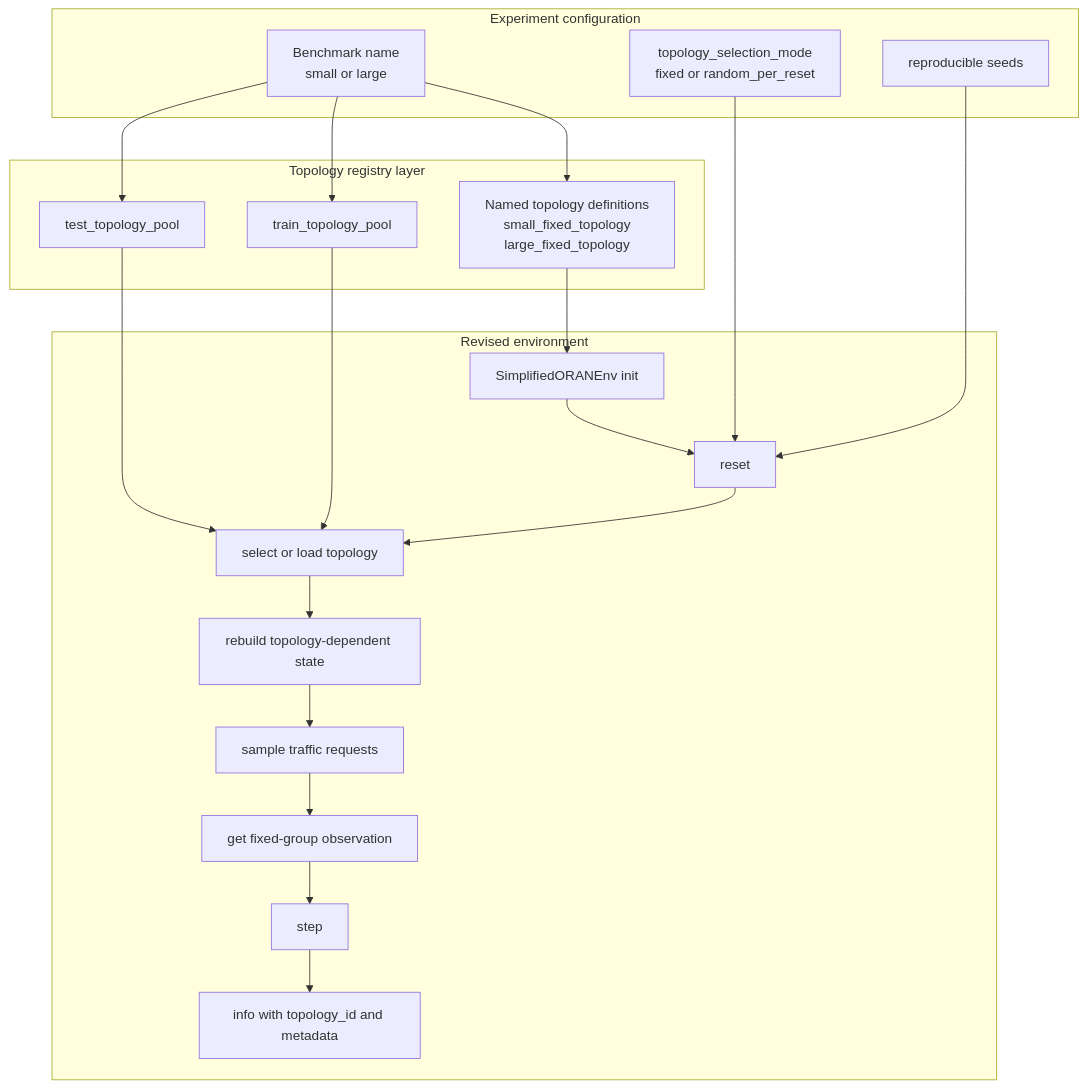
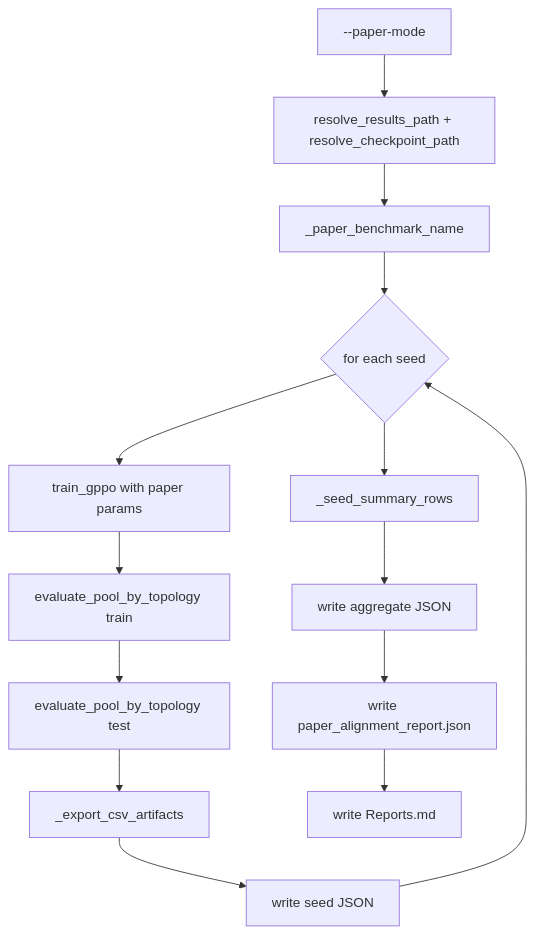
One commit to DrGMark7/ORAN-GPPO changed the sixth of 12 diagrams in ARCHITECTURE.md. Above: the diagram before and after it, drawn with Mermaid. The commit also changed other lines of this file and 33 other files, not shown here.

````diff
--- a/ARCHITECTURE.md
+++ b/ARCHITECTURE.md
@@ -196,43 +224,18 @@
 ```mermaid
 flowchart TD
-    subgraph Config[Experiment configuration]
-        Bench[Benchmark name\nsmall or large]
-        SelectMode[topology_selection_mode\nfixed or random_per_reset]
-        SeedCfg[reproducible seeds]
-    end
+    PaperCLI[--paper-mode] --> Resolve[resolve_results_path + resolve_checkpoint_path]
+    Resolve --> BenchmarkMap[_paper_benchmark_name]
+    BenchmarkMap --> SeedLoop{for each seed}
 
-    subgraph Registry[Topology registry layer]
-        NamedTopo[Named topology definitions\nsmall_fixed_topology\nlarge_fixed_topology]
-        TrainPool[train_topology_pool]
-        TestPool[test_topology_pool]
-    end
+    SeedLoop --> SeedTrain[train_gppo with paper params]
+    SeedTrain --> SeedEvalTrain[evaluate_pool_by_topology train]
+    SeedEvalTrain --> SeedEvalTest[evaluate_pool_by_topology test]
+    SeedEvalTest --> SeedCsv[_export_csv_artifacts]
+    SeedCsv --> SeedJson[write seed JSON]
+    SeedJson --> SeedLoop
 
-    subgraph Env[Revised environment]
-        EnvInit[SimplifiedORANEnv init]
-        Reset[reset]
-        ChooseTopo[select or load topology]
-        BuildGraphState[rebuild topology-dependent state]
-        SampleReq[sample traffic requests]
-        GetObs[get fixed-group observation]
-        Step[step]
-        Info[info with topology_id and metadata]
-    end
-
-    Bench --> NamedTopo
-    Bench --> TrainPool
-    Bench --> TestPool
-    SelectMode --> Reset
-    SeedCfg --> Reset
-
-    NamedTopo --> EnvInit
-    TrainPool --> ChooseTopo
-    TestPool --> ChooseTopo
-
-    EnvInit --> Reset
-    Reset --> ChooseTopo
-    ChooseTopo --> BuildGraphState
-    BuildGraphState --> SampleReq
-    SampleReq --> GetObs
-    GetObs --> Step
-    Step --> Info
+    SeedLoop --> Aggregate[_seed_summary_rows]
+    Aggregate --> AggregateJson[write aggregate JSON]
+    AggregateJson --> ReportJson[write paper_alignment_report.json]
+    ReportJson --> ReportMd[write Reports.md]
 ```
````
